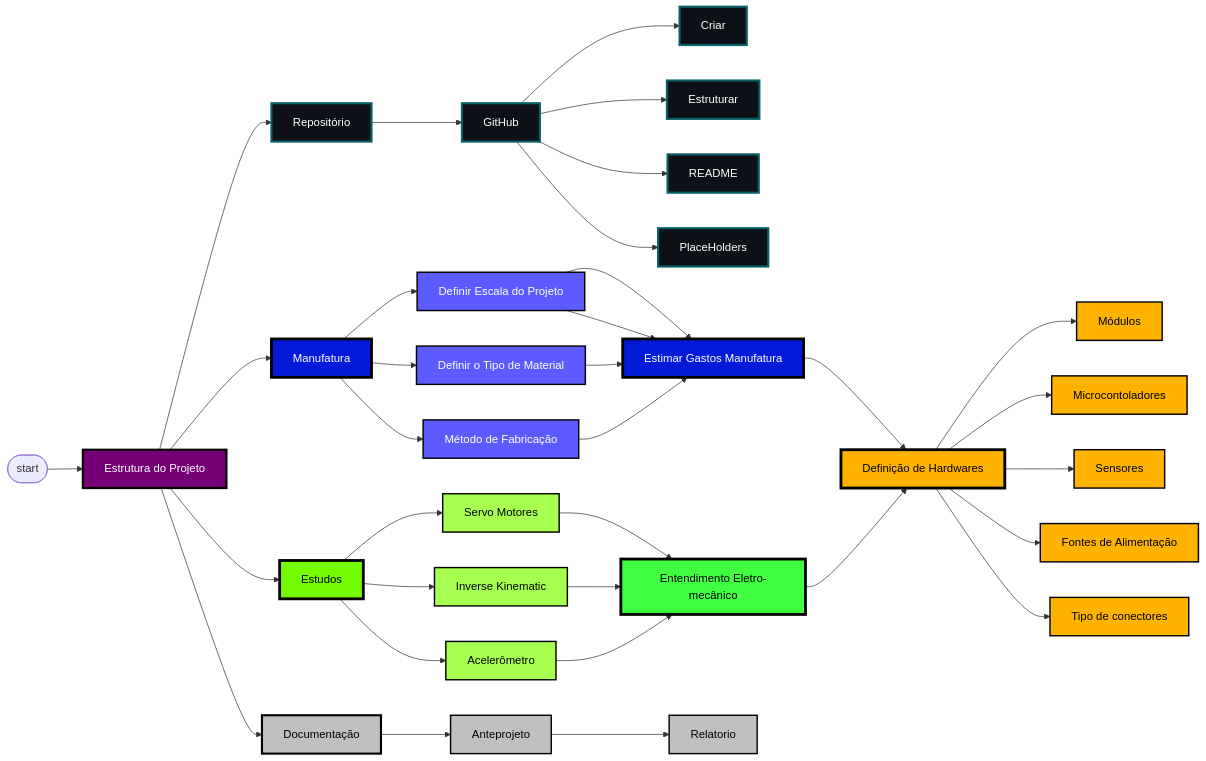
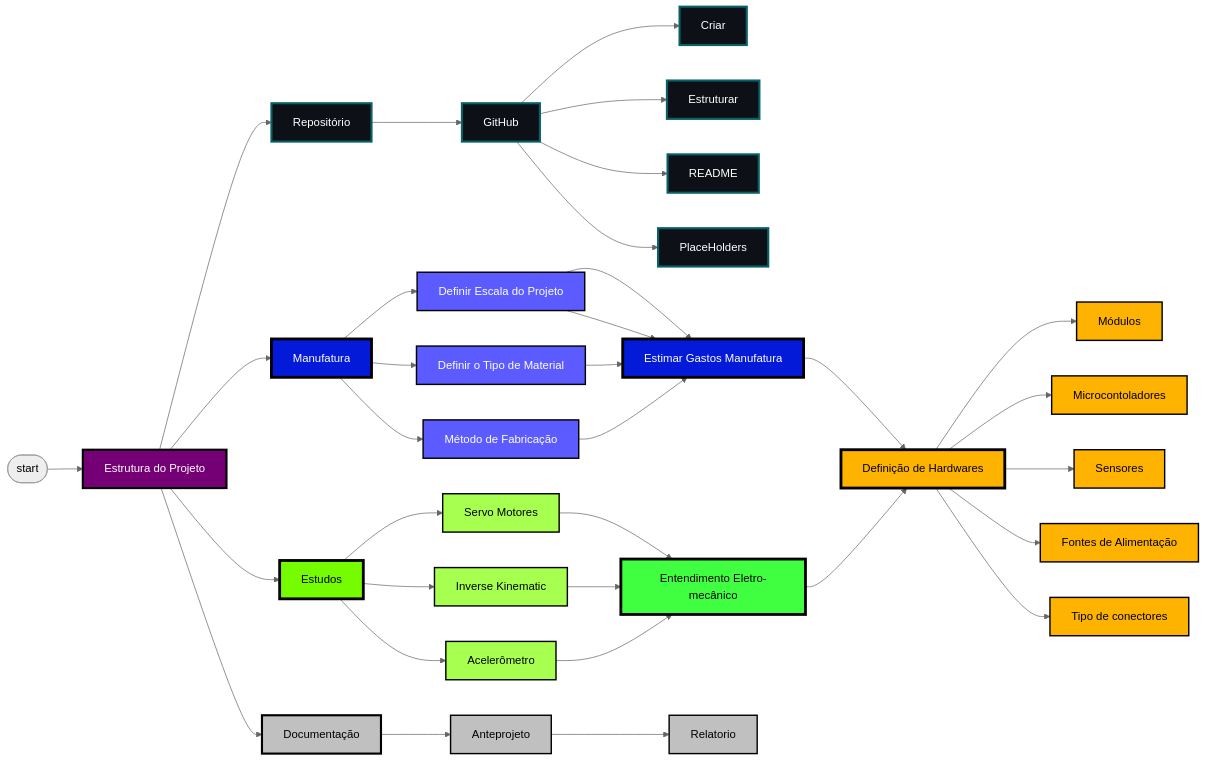
One commit to yvrcodex/hexapod-gesture-control changed the diagram in diagrams/WORKFLOW.md. Above: the diagram before and after it, drawn with Mermaid. The commit also changed other lines of this file, not shown here.

Commit message:
updated readme worklow fix01

````diff
--- a/diagrams/WORKFLOW.md
+++ b/diagrams/WORKFLOW.md
@@ -2,6 +1,6 @@
 ```mermaid
 
-
+%%{init: {'theme': 'neutral'}}%%
 
 flowchart LR
 
````
